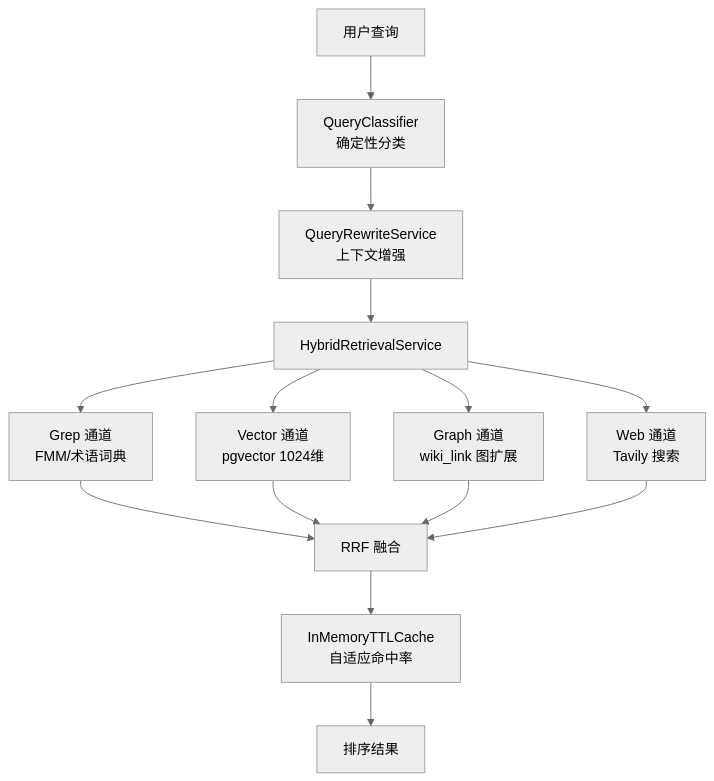
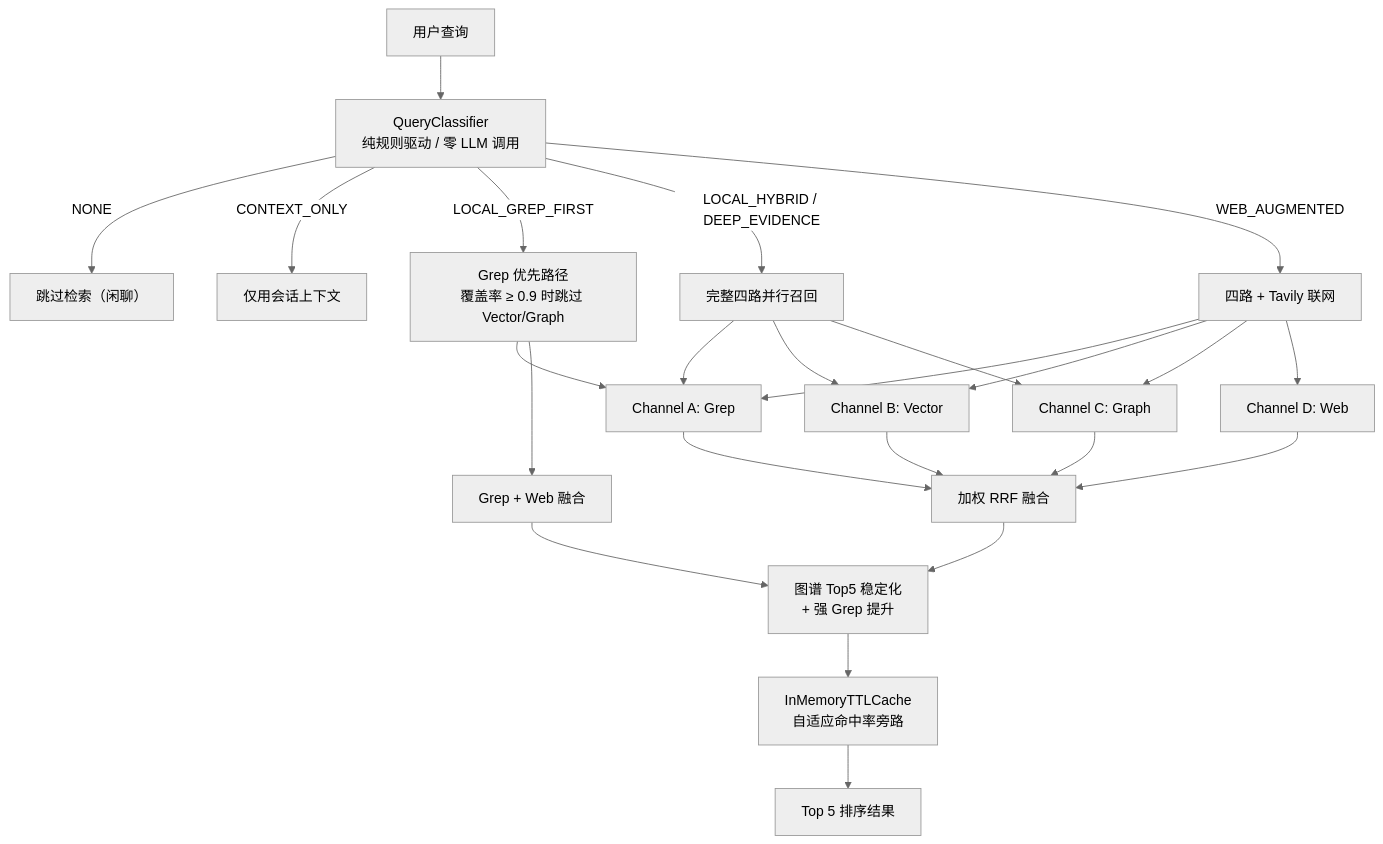
Diagram 15 of 22 in docs/架构文档.md (zzp1221/Multi-Agent-Learning-System), drawn with Mermaid (neutral theme) before and after one commit. The commit also changed other lines of this file and 17 other files, not shown here.

````diff
--- a/docs/架构文档.md
+++ b/docs/架构文档.md
@@ -724,15 +728,25 @@
 ```mermaid
 flowchart TD
-    Q["用户查询"] --> QC["QueryClassifier<br/>确定性分类"]
-    QC --> QR["QueryRewriteService<br/>上下文增强"]
-    QR --> R["HybridRetrievalService"]
-    
-    R --> G["Grep 通道<br/>FMM/术语词典"]
-    R --> V["Vector 通道<br/>pgvector 1024维"]
-    R --> GR["Graph 通道<br/>wiki_link 图扩展"]
-    R --> W["Web 通道<br/>Tavily 搜索"]
-    
-    G & V & GR & W --> RRF["RRF 融合"]
-    RRF --> Cache["InMemoryTTLCache<br/>自适应命中率"]
-    Cache --> Out["排序结果"]
+    Q["用户查询"] --> QC["QueryClassifier<br/>纯规则驱动 / 零 LLM 调用"]
+    QC -->|"NONE"| SKIP["跳过检索（闲聊）"]
+    QC -->|"CONTEXT_ONLY"| CTX["仅用会话上下文"]
+    QC -->|"LOCAL_GREP_FIRST"| GF["Grep 优先路径<br/>覆盖率 ≥ 0.9 时跳过 Vector/Graph"]
+    QC -->|"LOCAL_HYBRID / DEEP_EVIDENCE"| FULL["完整四路并行召回"]
+    QC -->|"WEB_AUGMENTED"| WEB["四路 + Tavily 联网"]
+
+    GF --> GREP["Channel A: Grep"]
+    FULL --> GREP
+    WEB --> GREP
+
+    FULL & WEB --> VEC["Channel B: Vector"]
+    FULL & WEB --> GRP["Channel C: Graph"]
+    WEB --> TAV["Channel D: Web"]
+
+    GREP & VEC & GRP & TAV --> RRF["加权 RRF 融合"]
+    GF --> RRF_G["Grep + Web 融合"]
+
+    RRF --> STAB["图谱 Top5 稳定化<br/>+ 强 Grep 提升"]
+    RRF_G --> STAB
+    STAB --> CACHE["InMemoryTTLCache<br/>自适应命中率旁路"]
+    CACHE --> TOP["Top 5 排序结果"]
 ```
````
